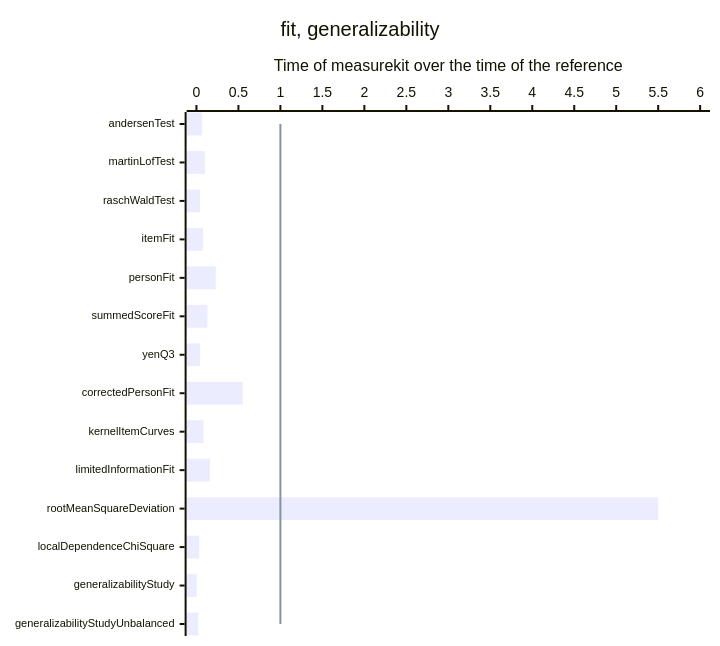
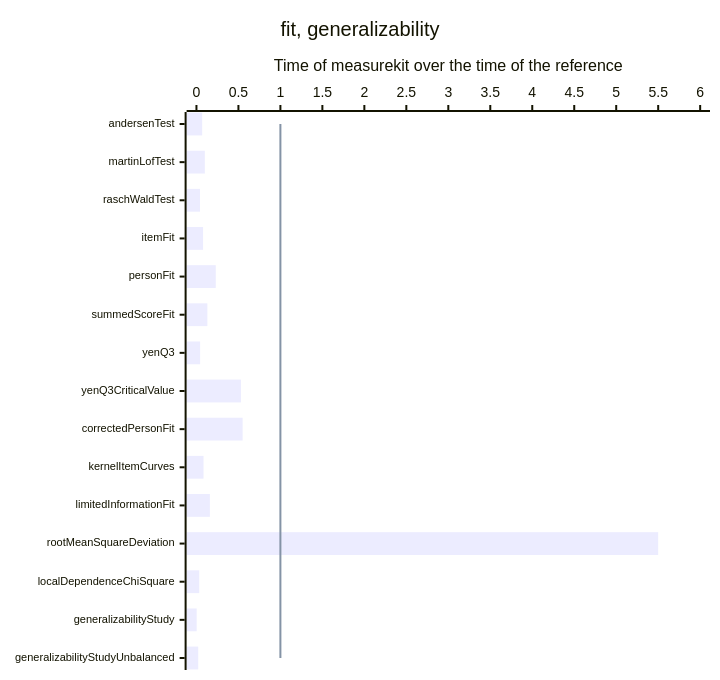
The ninth of 13 diagrams in docs/psychometrics/performance.md (measurekit/measurekit), drawn with Mermaid before and after one commit. The commit also changed other lines of this file, not shown here.

````diff
--- a/docs/psychometrics/performance.md
+++ b/docs/psychometrics/performance.md
@@ -91,9 +101,9 @@
 ```mermaid
-%%{init: {"xyChart": {"height": 626, "xAxis": {"labelFontSize": 11}}}}%%
+%%{init: {"xyChart": {"height": 660, "xAxis": {"labelFontSize": 11}}}}%%
 xychart-beta horizontal
   title "fit, generalizability"
-  x-axis ["andersenTest", "martinLofTest", "raschWaldTest", "itemFit", "personFit", "summedScoreFit", "yenQ3", "correctedPersonFit", "kernelItemCurves", "limitedInformationFit", "rootMeanSquareDeviation", "localDependenceChiSquare", "generalizabilityStudy", "generalizabilityStudyUnbalanced"]
+  x-axis ["andersenTest", "martinLofTest", "raschWaldTest", "itemFit", "personFit", "summedScoreFit", "yenQ3", "yenQ3CriticalValue", "correctedPersonFit", "kernelItemCurves", "limitedInformationFit", "rootMeanSquareDeviation", "localDependenceChiSquare", "generalizabilityStudy", "generalizabilityStudyUnbalanced"]
   y-axis "Time of measurekit over the time of the reference" 0 --> 6
-  bar [0.068, 0.1, 0.042, 0.079, 0.23, 0.13, 0.044, 0.55, 0.084, 0.16, 5.5, 0.033, 0.0026, 0.021]
-  line [1, 1, 1, 1, 1, 1, 1, 1, 1, 1, 1, 1, 1, 1]
+  bar [0.068, 0.1, 0.042, 0.079, 0.23, 0.13, 0.044, 0.53, 0.55, 0.084, 0.16, 5.5, 0.033, 0.0026, 0.021]
+  line [1, 1, 1, 1, 1, 1, 1, 1, 1, 1, 1, 1, 1, 1, 1]
 ```
````
